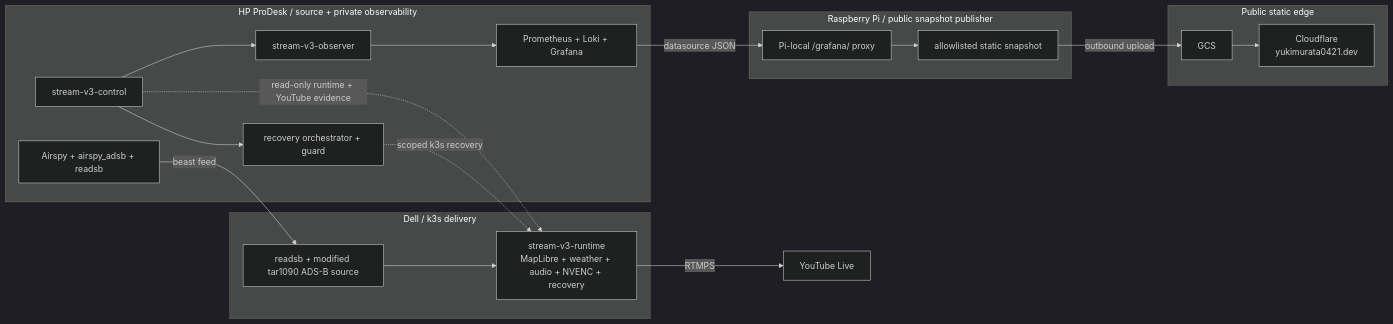
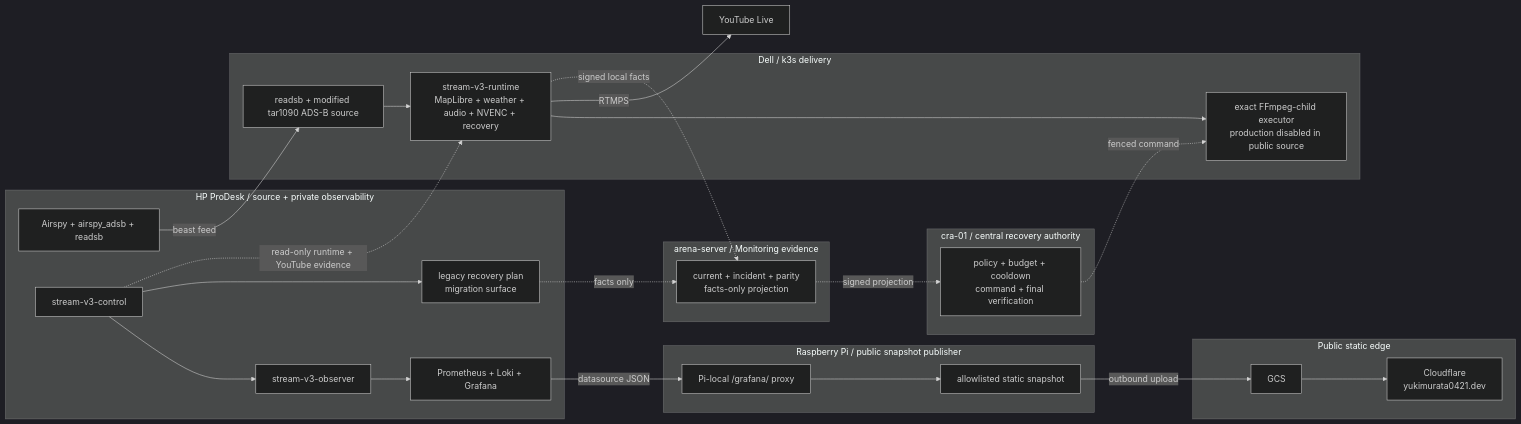
Before and after one commit to yukimurata0421/live-stream-systems-case-study: the diagram in README.md, drawn with Mermaid (dark theme). The commit also changed other lines of this file and 3 other files, not shown here.

Commit message:
Align stream recovery docs with central authority

````diff
--- a/README.md
+++ b/README.md
@@ -82,39 +88,52 @@
 ```mermaid
 flowchart LR
     subgraph PD["HP ProDesk / source + private observability"]
         AIR["Airspy + airspy_adsb + readsb"]
         MON["stream-v3-control"]
         EXP["stream-v3-observer"]
         GRAF["Prometheus + Loki + Grafana"]
-        GUARD["recovery orchestrator + guard"]
+        GUARD["legacy recovery plan<br/>migration surface"]
         MON --> EXP --> GRAF
         MON --> GUARD
+    end
+
+    subgraph ARENA["arena-server / Monitoring evidence"]
+        FACTS["current + incident + parity<br/>facts-only projection"]
+    end
+
+    subgraph CRA["cra-01 / central recovery authority"]
+        AUTH["policy + budget + cooldown<br/>command + final verification"]
     end
 
     subgraph DELL["Dell / k3s delivery"]
         RS["readsb + modified tar1090 ADS-B source"]
         RUN["stream-v3-runtime<br/>MapLibre + weather + audio + NVENC + recovery"]
+        EXEC["exact FFmpeg-child executor<br/>production disabled in public source"]
         RS --> RUN
+        RUN --> EXEC
     end
 
     subgraph PI["Raspberry Pi / public snapshot publisher"]
         PROXY["Pi-local /grafana/ proxy"]
         BUILD["allowlisted static snapshot"]
         PROXY --> BUILD
     end
 
     subgraph EDGE["Public static edge"]
         GCS["GCS"]
         CF["Cloudflare<br/>yukimurata0421.dev"]
         GCS --> CF
     end
 
     YT["YouTube Live"]
 
     AIR -->|"beast feed"| RS
     RUN -->|"RTMPS"| YT
     MON -. "read-only runtime + YouTube evidence" .-> RUN
-    GUARD -. "scoped k3s recovery" .-> RUN
+    GUARD -. "facts only" .-> FACTS
+    RUN -. "signed local facts" .-> FACTS
+    FACTS -. "signed projection" .-> AUTH
+    AUTH -. "fenced command" .-> EXEC
     GRAF -->|"datasource JSON"| PROXY
     BUILD -->|"outbound upload"| GCS
 ```
````
